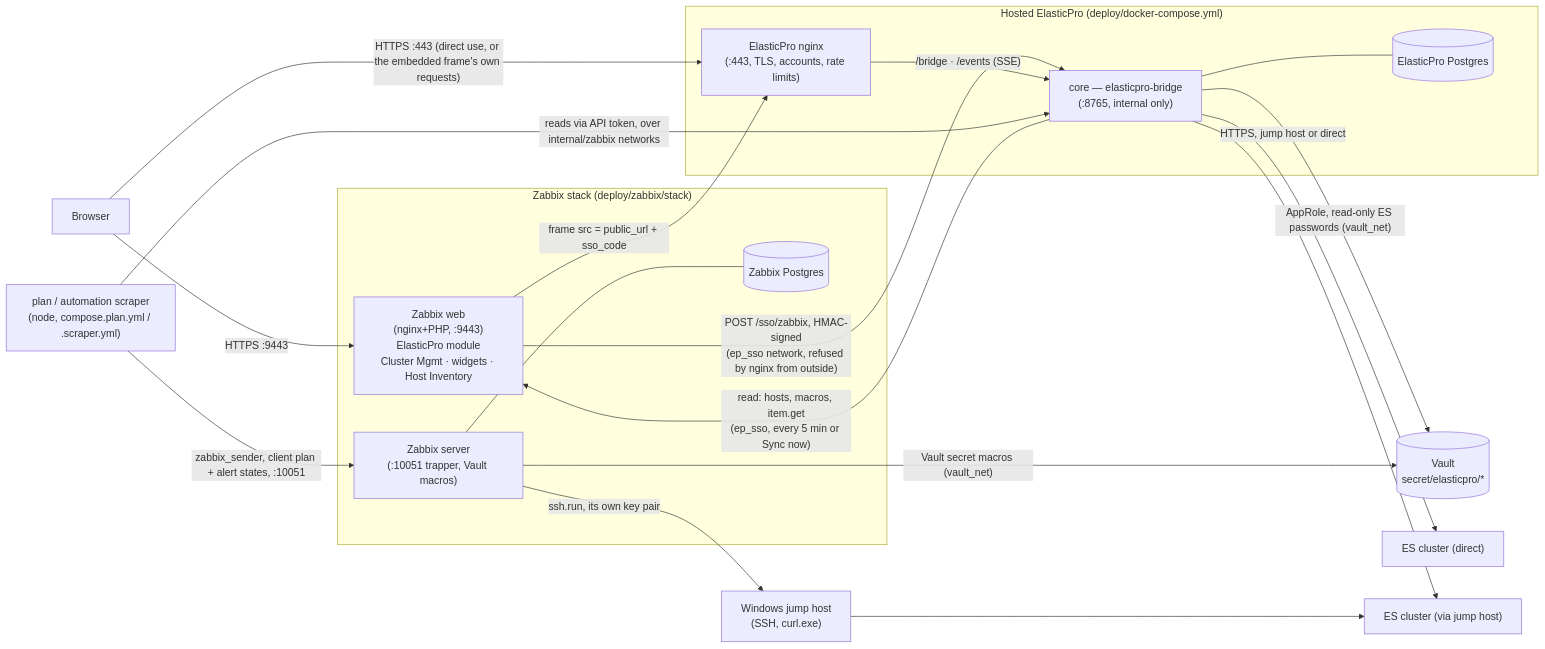
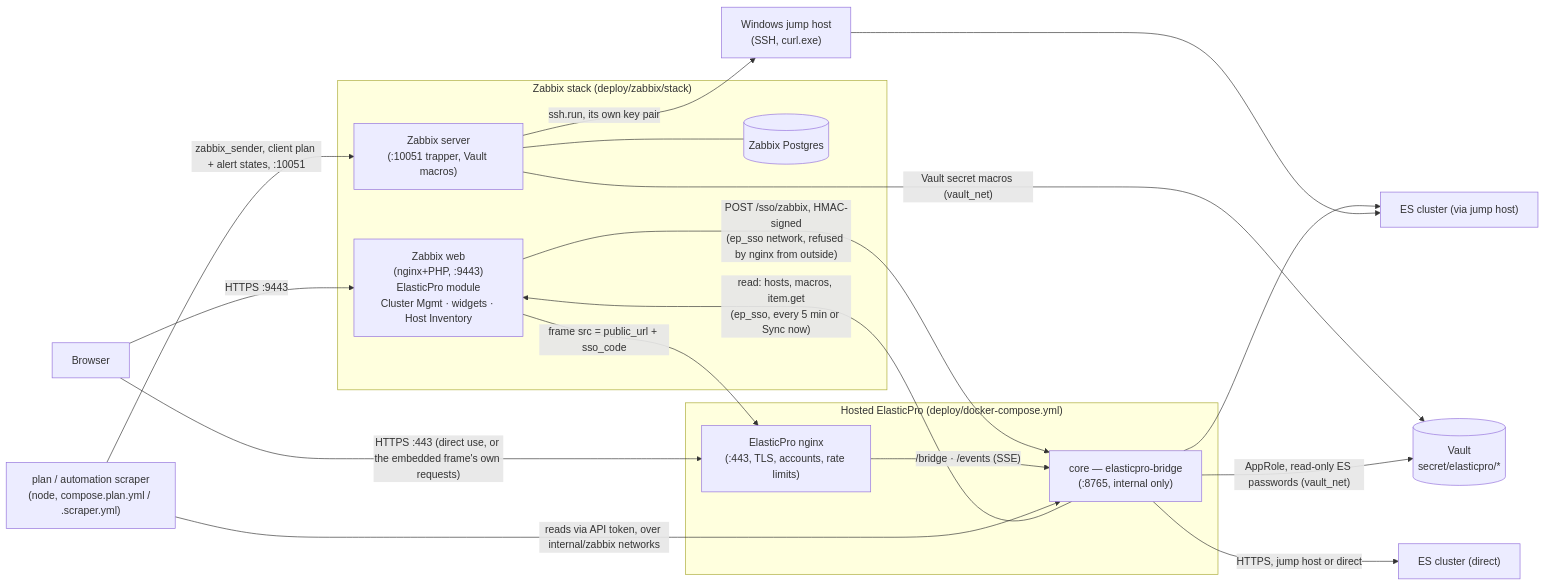
The diagram in deploy/zabbix/INTEGRATION.md (karthick-dkk/elasticpro), drawn with Mermaid before and after one commit. The commit also changed other lines of this file and 53 other files, not shown here.

First line of the commit message:
Release 0.3.77: Log Delay fixes, Jobs graphical view and health history, no Postgres (#182)

````diff
--- a/deploy/zabbix/INTEGRATION.md
+++ b/deploy/zabbix/INTEGRATION.md
@@ -42,38 +42,36 @@
 ```mermaid
 flowchart LR
   browser["Browser"]
 
   subgraph zbxstack["Zabbix stack (deploy/zabbix/stack)"]
     zweb["Zabbix web\n(nginx+PHP, :9443)\nElasticPro module\nCluster Mgmt · widgets · Host Inventory"]
     zserver["Zabbix server\n(:10051 trapper, Vault macros)"]
     zdb[("Zabbix Postgres")]
   end
 
   subgraph epstack["Hosted ElasticPro (deploy/docker-compose.yml)"]
     nginx["ElasticPro nginx\n(:443, TLS, accounts, rate limits)"]
     core["core — elasticpro-bridge\n(:8765, internal only)"]
-    edb[("ElasticPro Postgres")]
   end
 
   vault[("Vault\nsecret/elasticpro/*")]
   scraper["plan / automation scraper\n(node, compose.plan.yml / .scraper.yml)"]
   jump["Windows jump host\n(SSH, curl.exe)"]
   es1["ES cluster (direct)"]
   es2["ES cluster (via jump host)"]
 
   browser -- "HTTPS :9443" --> zweb
   browser -- "HTTPS :443 (direct use, or the embedded frame's own requests)" --> nginx
   zweb -- "frame src = public_url + sso_code" --> nginx
   zweb -- "POST /sso/zabbix, HMAC-signed\n(ep_sso network, refused by nginx from outside)" --> core
   nginx -- "/bridge · /events (SSE)" --> core
   core -- "HTTPS, jump host or direct" --> es1
   core --> es2
   zserver -- "ssh.run, its own key pair" --> jump --> es2
   core -- "read: hosts, macros, item.get\n(ep_sso, every 5 min or Sync now)" --> zweb
   zserver -- "Vault secret macros (vault_net)" --> vault
   core -- "AppRole, read-only ES passwords (vault_net)" --> vault
   scraper -- "reads via API token, over internal/zabbix networks" --> core
   scraper -- "zabbix_sender, client plan + alert states, :10051" --> zserver
-  core --- edb
   zserver --- zdb
 ```
````
